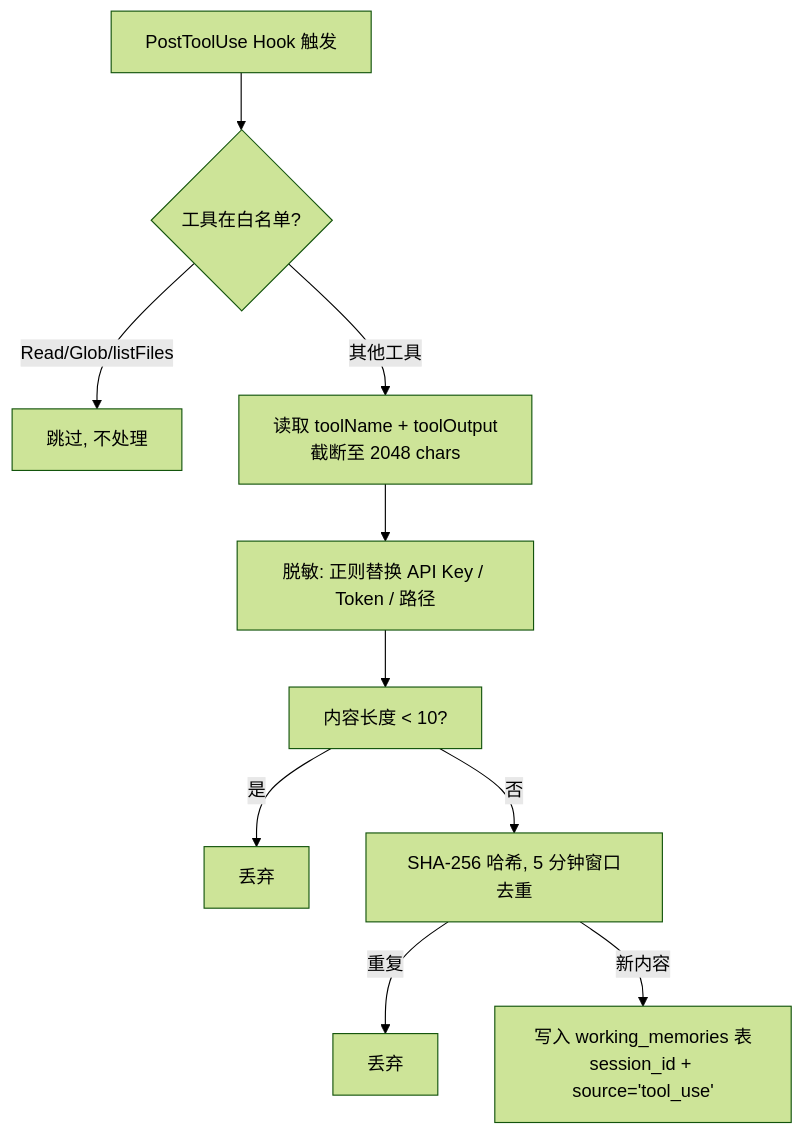
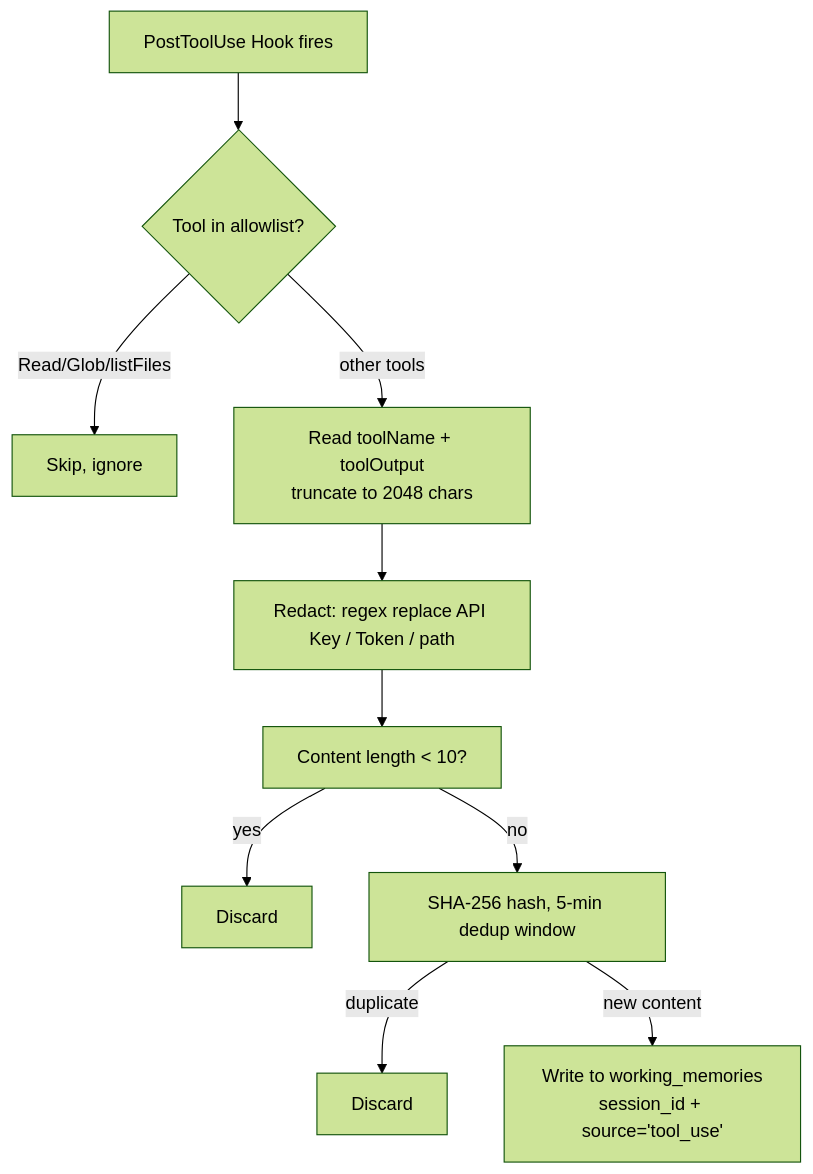
Before and after one commit to Lucas-lgm/clio: the fourth of 10 diagrams in docs/architecture.md, drawn with Mermaid (forest theme). The commit also changed other lines of this file and 13 other files, not shown here.

````diff
--- a/docs/architecture.md
+++ b/docs/architecture.md
@@ -279,12 +279,12 @@
 ```mermaid
 flowchart TD
-    A[PostToolUse Hook 触发] --> B{工具在白名单?}
-    B -->|Read/Glob/listFiles| C[跳过, 不处理]
-    B -->|其他工具| D["读取 toolName + toolOutput<br>截断至 2048 chars"]
-    D --> E[脱敏: 正则替换 API Key / Token / 路径]
-    E --> F[内容长度 < 10?]
-    F -->|是| G[丢弃]
-    F -->|否| H[SHA-256 哈希, 5 分钟窗口去重]
-    H -->|重复| I[丢弃]
-    H -->|新内容| J["写入 working_memories 表<br>session_id + source='tool_use'"]
+    A["PostToolUse Hook fires"] --> B{Tool in allowlist?}
+    B -->|Read/Glob/listFiles| C["Skip, ignore"]
+    B -->|other tools| D["Read toolName + toolOutput<br>truncate to 2048 chars"]
+    D --> E["Redact: regex replace API Key / Token / path"]
+    E --> F["Content length < 10?"]
+    F -->|yes| G["Discard"]
+    F -->|no| H["SHA-256 hash, 5-min dedup window"]
+    H -->|duplicate| I["Discard"]
+    H -->|new content| J["Write to working_memories<br>session_id + source='tool_use'"]
 ```
````
